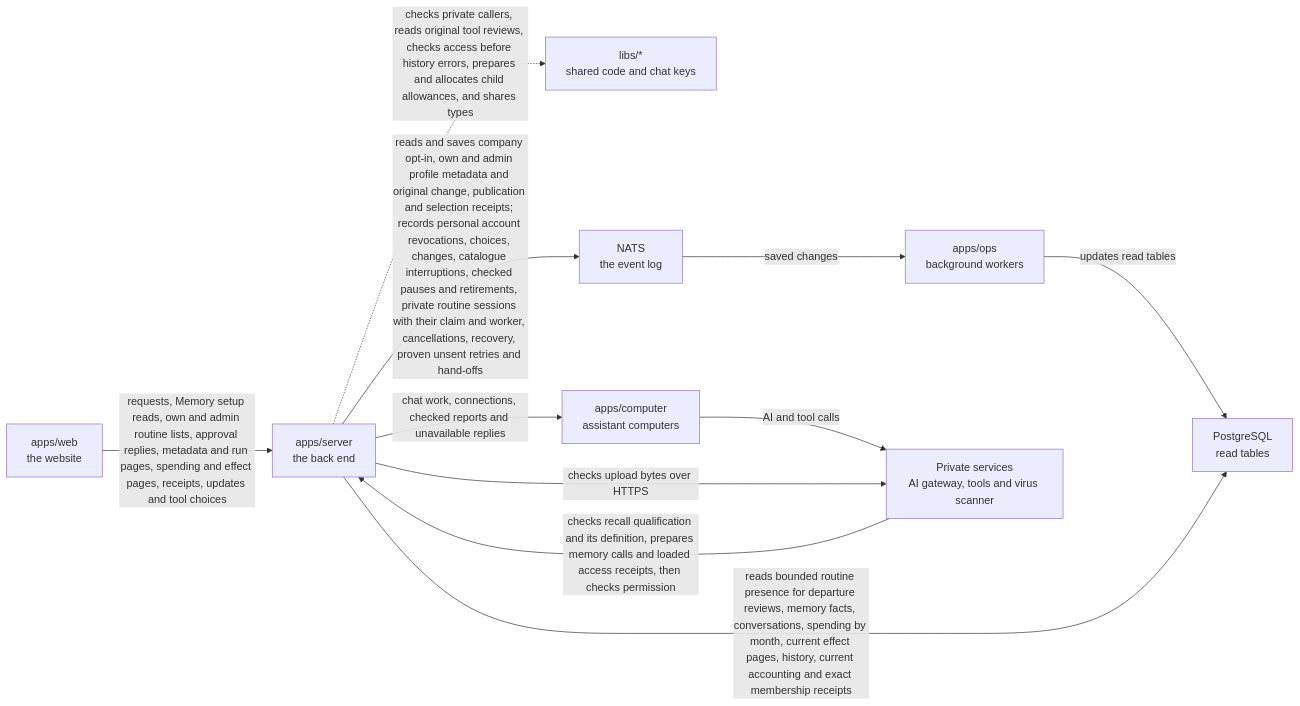
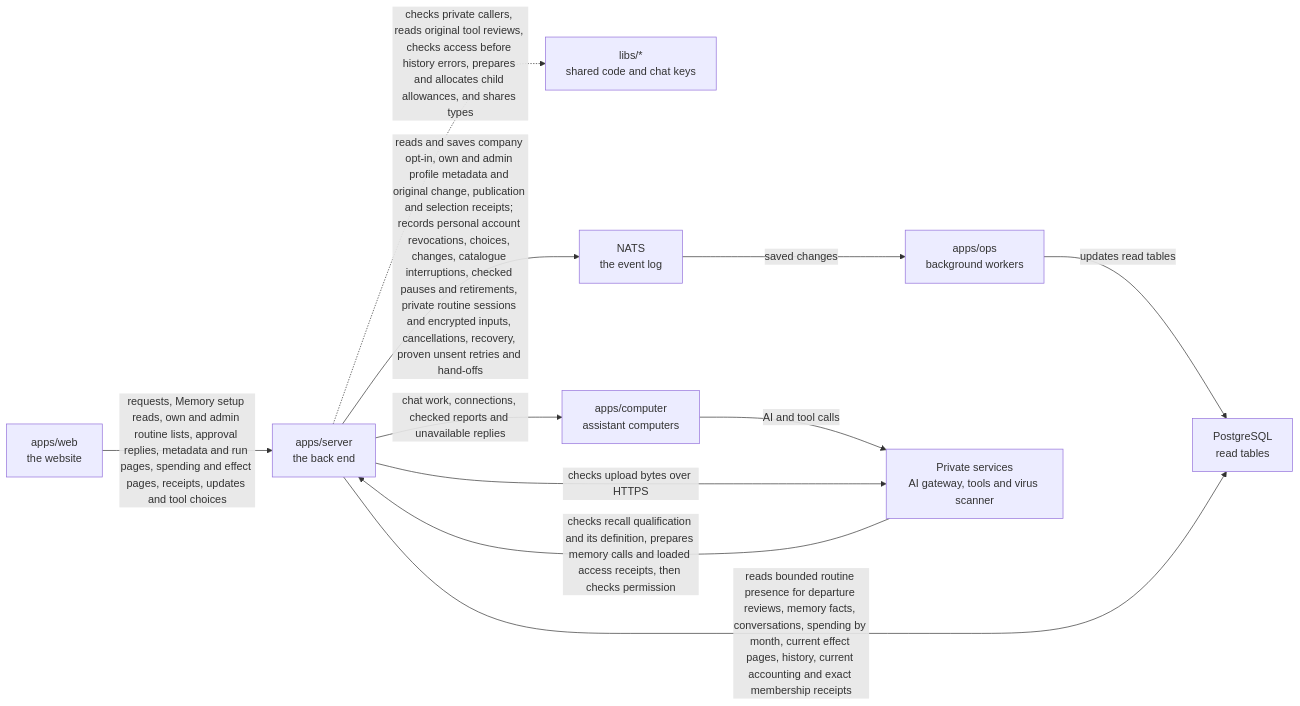
One commit to elewa-git/opencrane-new changed the diagram in apps/server/README.md. Above: the diagram before and after it, drawn with Mermaid. The commit also changed other lines of this file and 6 other files, not shown here.

Commit message:
🔒 Prepare encrypted routine input while keeping its session idle

````diff
--- a/apps/server/README.md
+++ b/apps/server/README.md
@@ -86,13 +90,13 @@
 ```mermaid
 flowchart LR
   web["apps/web<br/>the website"] -->|requests, Memory setup reads, own and admin routine lists, approval replies, metadata and run pages, spending and effect pages, receipts, updates and tool choices| server["apps/server<br/>the back end"]
   server -.->|checks private callers, reads original tool reviews, checks access before history errors, prepares and allocates child allowances, and shares types| libs["libs/*<br/>shared code and chat keys"]
-  server -->|reads and saves company opt-in, own and admin profile metadata and original change, publication and selection receipts; records personal account revocations, choices, changes, catalogue interruptions, checked pauses and retirements, private routine sessions with their claim and worker, cancellations, recovery, proven unsent retries and hand-offs| nats["NATS<br/>the event log"]
+  server -->|reads and saves company opt-in, own and admin profile metadata and original change, publication and selection receipts; records personal account revocations, choices, changes, catalogue interruptions, checked pauses and retirements, private routine sessions and encrypted inputs, cancellations, recovery, proven unsent retries and hand-offs| nats["NATS<br/>the event log"]
   nats -->|saved changes| ops["apps/ops<br/>background workers"]
   ops -->|updates read tables| postgres["PostgreSQL<br/>read tables"]
   server -->|reads bounded routine presence for departure reviews, memory facts, conversations, spending by month, current effect pages, history, current accounting and exact membership receipts| postgres
   server -->|chat work, connections, checked reports and unavailable replies| computer["apps/computer<br/>assistant computers"]
   computer -->|AI and tool calls| runtime["Private services<br/>AI gateway, tools and virus scanner"]
   server -->|checks upload bytes over HTTPS| runtime
   runtime -->|checks recall qualification and its definition, prepares memory calls and loaded access receipts, then checks permission| server
 ```
````
